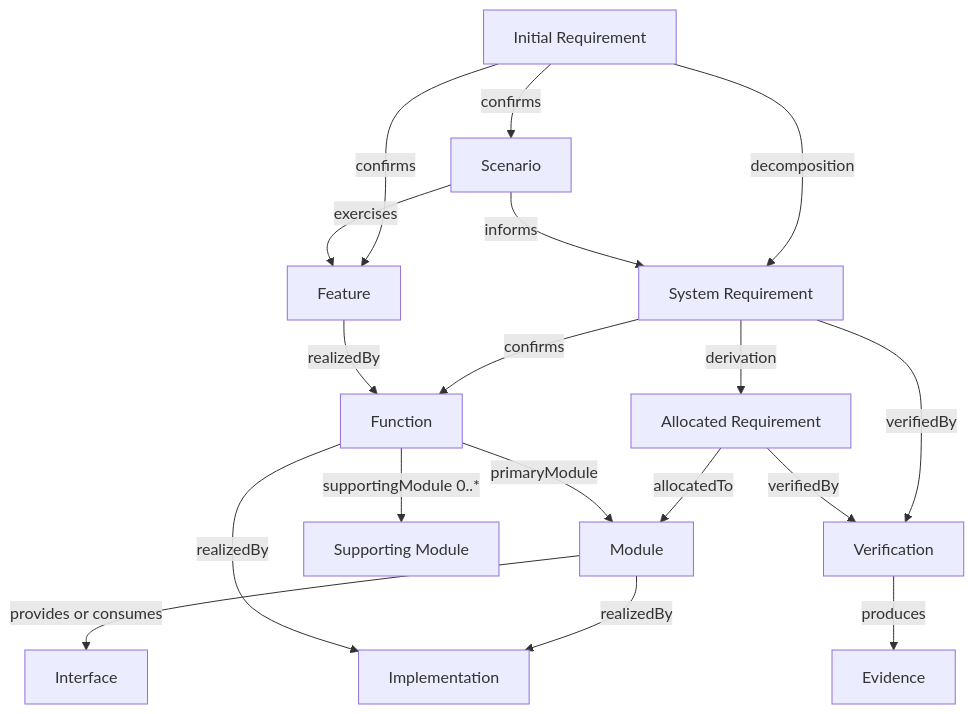
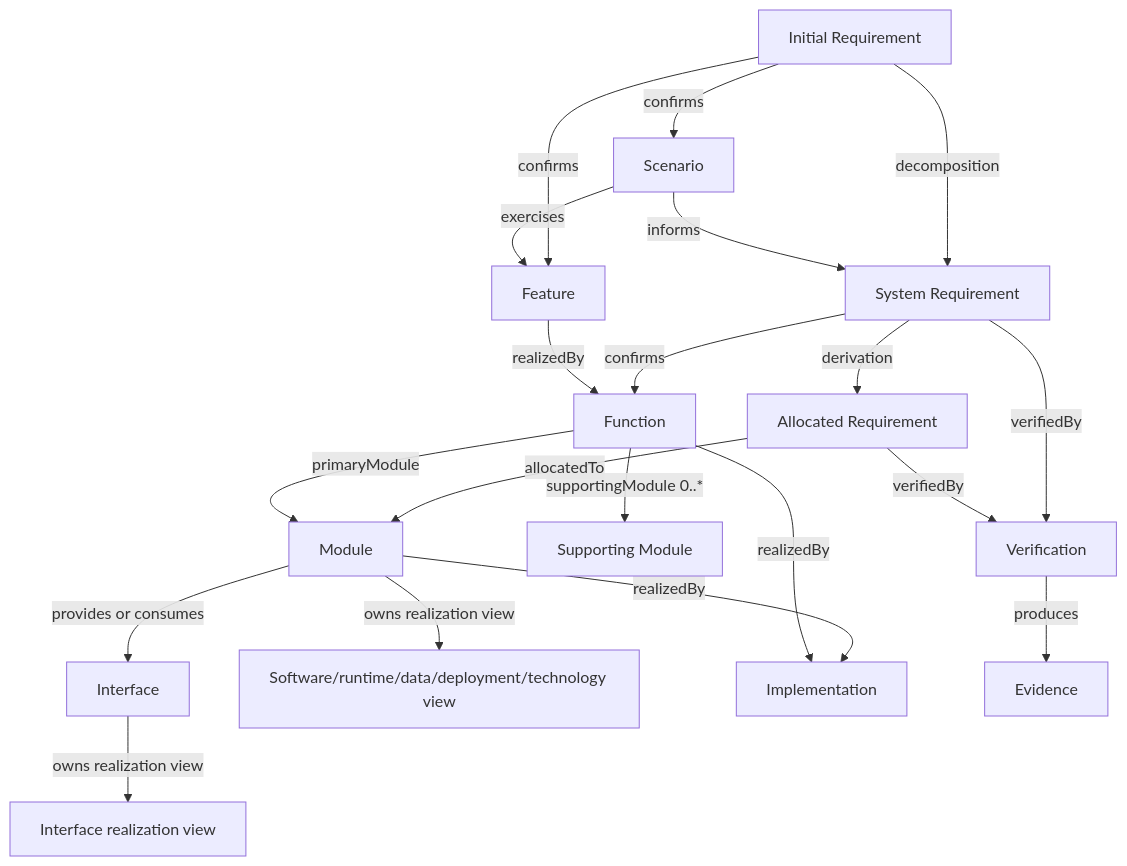
One commit to xiongxianfei/rigorloop changed the diagram in rem/models/README.md. Above: the diagram before and after it, drawn with Mermaid. The commit also changed other lines of this file and 9 other files, not shown here.

Commit message:
docs(rem): refine architecture realization and ownership

````diff
--- a/rem/models/README.md
+++ b/rem/models/README.md
@@ -14,20 +14,22 @@
 ```mermaid
 flowchart TD
     IR[Initial Requirement] -->|decomposition| SR[System Requirement]
     SR -->|derivation| AR[Allocated Requirement]
     IR -->|confirms| FEAT[Feature]
     IR -->|confirms| SCN[Scenario]
     SCN -->|exercises| FEAT
     SCN -->|informs| SR
     SR -->|confirms| FUNC[Function]
     FEAT -->|realizedBy| FUNC
     AR -->|allocatedTo| MOD[Module]
     FUNC -->|primaryModule| MOD
     FUNC -->|supportingModule 0..*| SMOD[Supporting Module]
     MOD -->|provides or consumes| IF[Interface]
+    MOD -->|owns realization view| RV[Software/runtime/data/deployment/technology view]
+    IF -->|owns realization view| IRV[Interface realization view]
     MOD -->|realizedBy| IMPL[Implementation]
     FUNC -->|realizedBy| IMPL
     SR -->|verifiedBy| VER[Verification]
     AR -->|verifiedBy| VER
     VER -->|produces| EV[Evidence]
 ```
````
